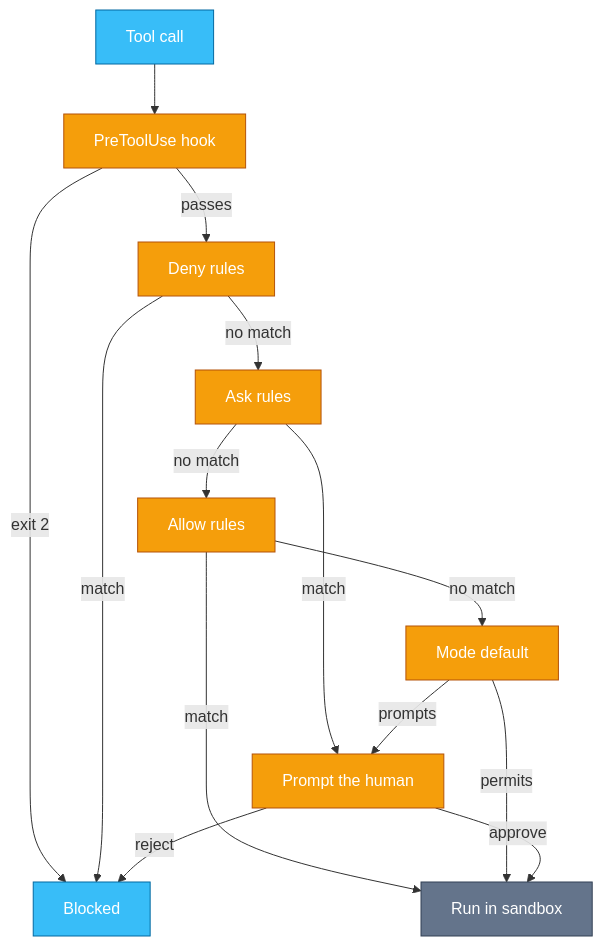
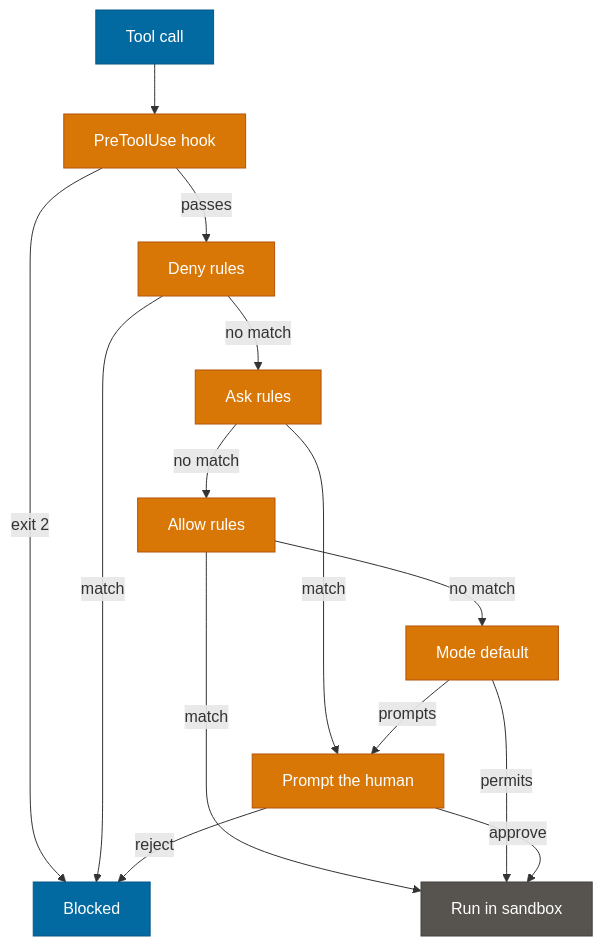
One commit to sanketsudake/agentic-engineering changed the second of 4 diagrams in chapters/ch07.md. Above: the diagram before and after it, drawn with Mermaid. The commit also changed 23 other files, not shown here.

````diff
--- a/chapters/ch07.md
+++ b/chapters/ch07.md
@@ -197,22 +197,22 @@
 ```mermaid
 flowchart TD
   TC[Tool call] --> HK[PreToolUse hook]
   HK -->|exit 2| BLK[Blocked]
   HK -->|passes| DENY[Deny rules]
   DENY -->|match| BLK
   DENY -->|no match| ASK[Ask rules]
   ASK -->|match| HUM[Prompt the human]
   ASK -->|no match| ALLOW[Allow rules]
   ALLOW -->|match| RUN[Run in sandbox]
   ALLOW -->|no match| MODE[Mode default]
   MODE -->|permits| RUN
   MODE -->|prompts| HUM
   HUM -->|approve| RUN
   HUM -->|reject| BLK
-  classDef process fill:#38bdf8,stroke:#0369a1,color:#fff
-  classDef lease fill:#f59e0b,stroke:#b45309,color:#fff
-  classDef external fill:#64748b,stroke:#334155,color:#fff
+  classDef process fill:#0369A1,stroke:#075985,color:#fff
+  classDef lease fill:#D97706,stroke:#B45309,color:#fff
+  classDef external fill:#57534E,stroke:#44403C,color:#fff
   class TC,BLK process
   class HK,DENY,ASK,ALLOW,MODE,HUM lease
   class RUN external
 ```
````
